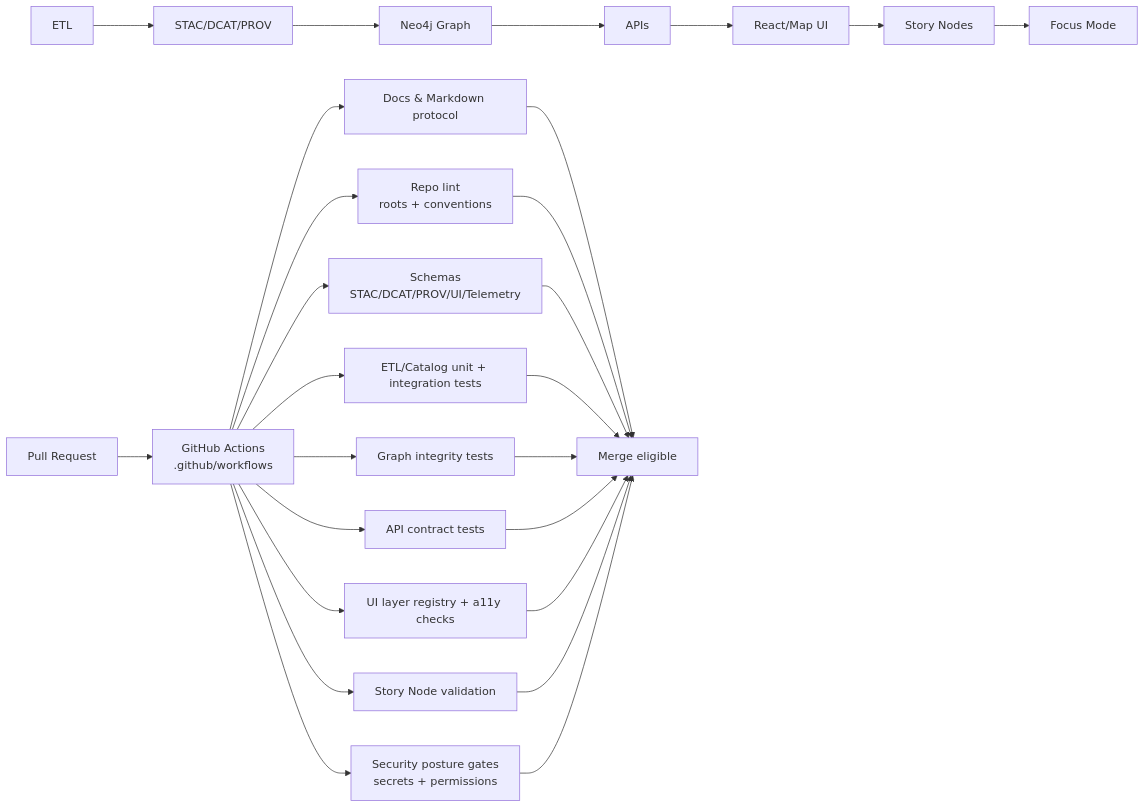
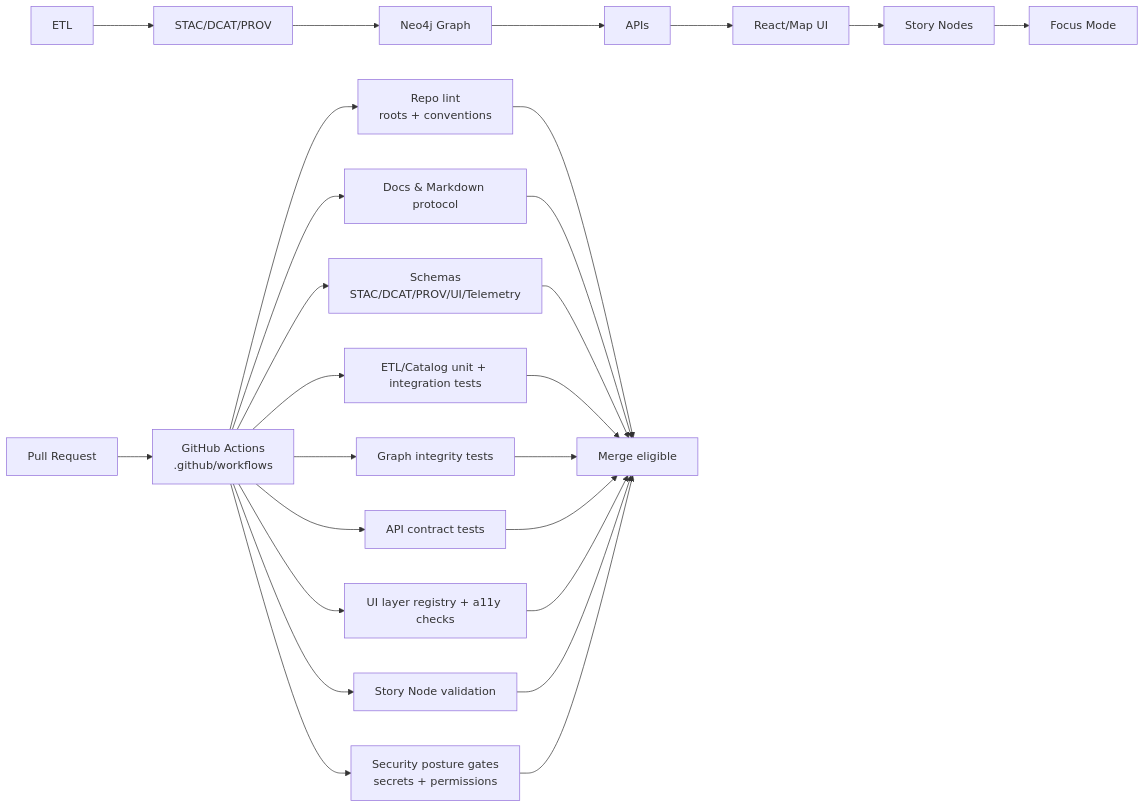
The first of 2 diagrams in .github/README.md (bartytime4life/Kansas-Frontier-Matrix), drawn with Mermaid before and after one commit. The commit also changed other lines of this file, not shown here.

```diff
--- a/.github/README.md
+++ b/.github/README.md
@@ -230,26 +252,26 @@
 ~~~mermaid
 flowchart LR
   PR[Pull Request] --> CI[GitHub Actions<br/>.github/workflows]
 
   CI --> LINT[Repo lint<br/>roots + conventions]
   CI --> DOCS[Docs & Markdown protocol]
   CI --> SCHEMA[Schemas<br/>STAC/DCAT/PROV/UI/Telemetry]
   CI --> PIPE[ETL/Catalog unit + integration tests]
   CI --> GRAPH[Graph integrity tests]
   CI --> API[API contract tests]
   CI --> UI[UI layer registry + a11y checks]
   CI --> STORY[Story Node validation]
   CI --> SEC[Security posture gates<br/>secrets + permissions]
 
   ETL[ETL] --> CATS[STAC/DCAT/PROV] --> N4J[Neo4j Graph] --> APIS[APIs] --> WEB[React/Map UI] --> SN[Story Nodes] --> FM[Focus Mode]
 
-  DOCS --> OK[Merge eligible]
-  LINT --> OK
+  LINT --> OK[Merge eligible]
+  DOCS --> OK
   SCHEMA --> OK
   PIPE --> OK
   GRAPH --> OK
   API --> OK
   UI --> OK
   STORY --> OK
   SEC --> OK
 ~~~
```
